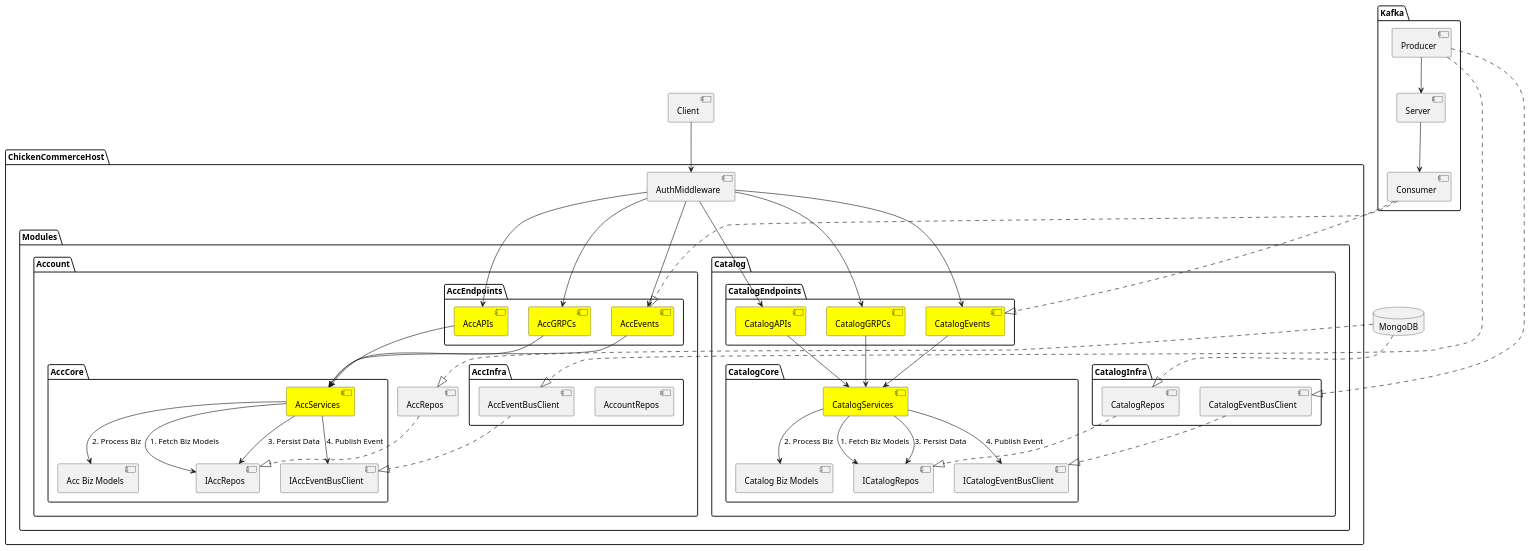
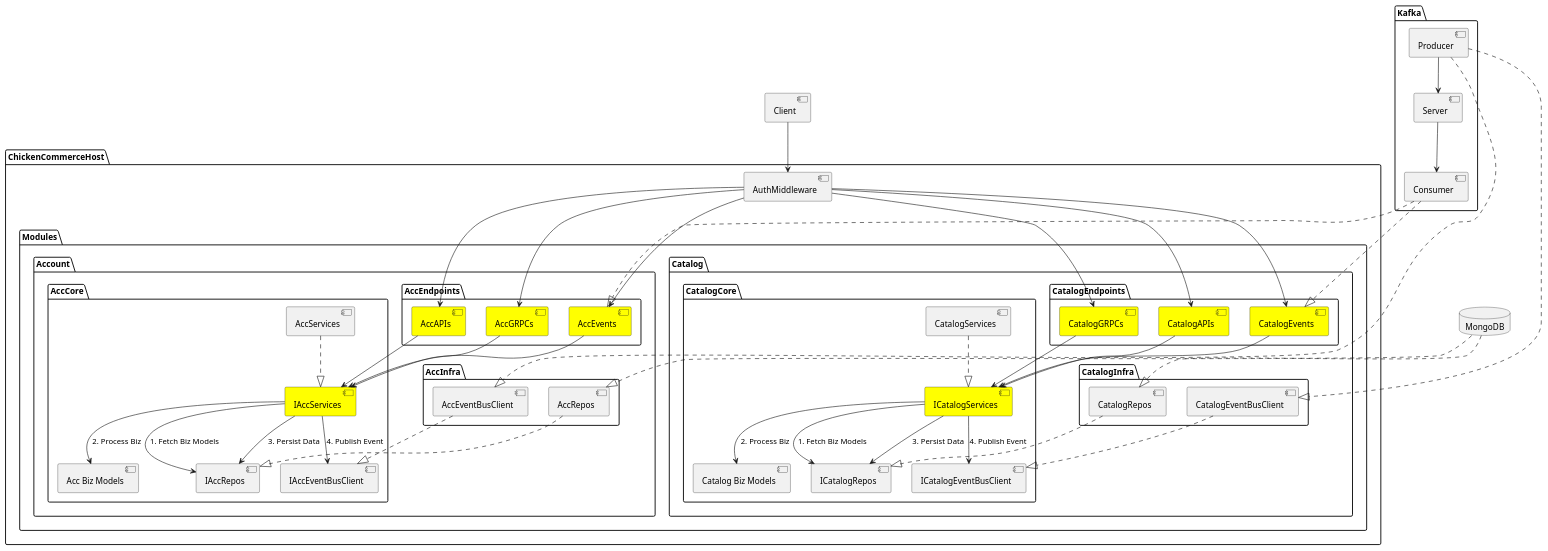
One commit to chicken-devs/chicken-commerce changed the diagram in Architech_Document/overall-architecture.plantuml. Above: the diagram before and after it, drawn with PlantUML. The commit also changed 2 other files, not shown here.

Commit message:
update diagram

```diff
--- a/Architech_Document/overall-architecture.plantuml
+++ b/Architech_Document/overall-architecture.plantuml
@@ -7,106 +7,112 @@
 @startuml ChickenCommerce
 package ChickenCommerceHost {
 
   [AuthMiddleware]
 
   package Modules {
 
     package Account {
 
       package AccInfra {
-        [AccountRepos]
+        [AccRepos]
         [AccEventBusClient]
       }
 
       package AccEndpoints {
         [AccAPIs] #Yellow
         [AccGRPCs] #Yellow
         [AccEvents] #Yellow
       }
 
       package AccCore {
-        [AccServices] #Yellow
+        [IAccServices] #Yellow
+        [AccServices]
         [IAccEventBusClient]
         [Acc Biz Models]
         [IAccRepos]
       }
 
-      [AccAPIs] --> [AccServices]
-      [AccGRPCs] --> [AccServices]
-      [AccEvents] --> [AccServices]
+      [AccServices] ..|> [IAccServices]
 
-      [AccServices] --> [IAccRepos] : 1. Fetch Biz Models
-      [AccServices] --> [Acc Biz Models] : 2. Process Biz
-      [AccServices] --> [IAccRepos] : 3. Persist Data
-      [AccServices] --> [IAccEventBusClient] : 4. Publish Event
+      [AccAPIs] --> [IAccServices]
+      [AccGRPCs] --> [IAccServices]
+      [AccEvents] --> [IAccServices]
+
+      [IAccServices] --> [IAccRepos] : 1. Fetch Biz Models
+      [IAccServices] --> [Acc Biz Models] : 2. Process Biz
+      [IAccServices] --> [IAccRepos] : 3. Persist Data
+      [IAccServices] --> [IAccEventBusClient] : 4. Publish Event
 
       [AccRepos] ..|> [IAccRepos]
       [AccEventBusClient] ..|> [IAccEventBusClient]
     }
 
     package Catalog {
 
       package CatalogInfra {
         [CatalogRepos]
         [CatalogEventBusClient]
       }
 
       package CatalogEndpoints {
         [CatalogAPIs] #Yellow
         [CatalogGRPCs] #Yellow
         [CatalogEvents] #Yellow
       }
 
       package CatalogCore {
-        [CatalogServices] #Yellow
+        [ICatalogServices] #Yellow
+        [CatalogServices]
         [ICatalogEventBusClient]
         [Catalog Biz Models]
         [ICatalogRepos]
       }
 
-      [CatalogAPIs] --> [CatalogServices]
-      [CatalogGRPCs] --> [CatalogServices]
-      [CatalogEvents] --> [CatalogServices]
+      [CatalogServices] ..|> [ICatalogServices]
 
-      [CatalogServices] --> [ICatalogRepos] : 1. Fetch Biz Models
-      [CatalogServices] --> [Catalog Biz Models] : 2. Process Biz
-      [CatalogServices] --> [ICatalogRepos] : 3. Persist Data
-      [CatalogServices] --> [ICatalogEventBusClient] : 4. Publish Event
+      [CatalogAPIs] --> [ICatalogServices]
+      [CatalogGRPCs] --> [ICatalogServices]
+      [CatalogEvents] --> [ICatalogServices]
+
+      [ICatalogServices] --> [ICatalogRepos] : 1. Fetch Biz Models
+      [ICatalogServices] --> [Catalog Biz Models] : 2. Process Biz
+      [ICatalogServices] --> [ICatalogRepos] : 3. Persist Data
+      [ICatalogServices] --> [ICatalogEventBusClient] : 4. Publish Event
 
       [CatalogRepos] ..|> [ICatalogRepos]
       [CatalogEventBusClient] ..|> [ICatalogEventBusClient]
     }
 
   }
 }
 
 [Client]
 Client --> [AuthMiddleware]
 
 [AuthMiddleware] --> [AccAPIs]
 [AuthMiddleware] --> [AccGRPCs]
 [AuthMiddleware] --> [AccEvents]
 [AuthMiddleware] --> [CatalogAPIs]
 [AuthMiddleware] --> [CatalogGRPCs]
 [AuthMiddleware] --> [CatalogEvents]
 
 package Kafka {
   [Producer]
   [Consumer]
   [Server]
 
   [Producer] --> [Server]
   [Server] --> [Consumer]
 
   [Producer] ..|> [AccEventBusClient]
   [Consumer] ..|> [AccEvents]
   
   [Producer] ..|> [CatalogEventBusClient]
   [Consumer] ..|> [CatalogEvents]
 }
 
 database MongoDB
 MongoDB ..|> [AccRepos]
 MongoDB ..|> [CatalogRepos]
 
 @enduml
```
